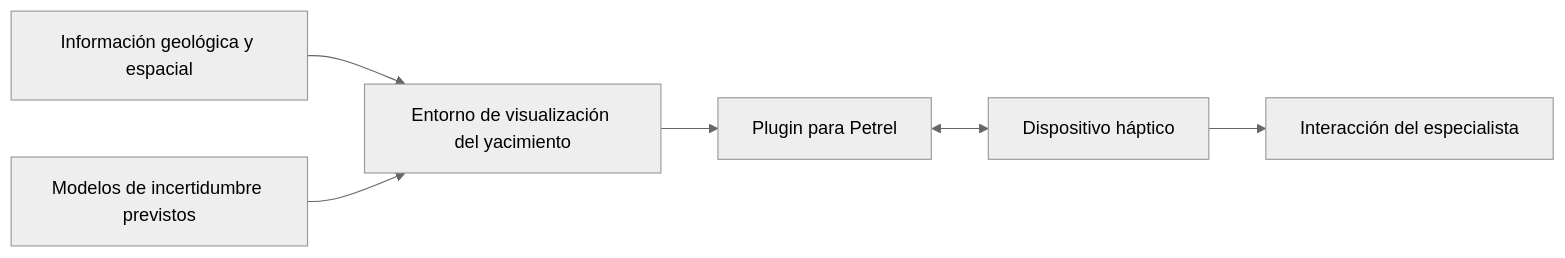
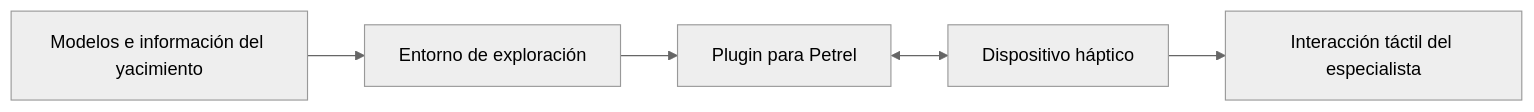
One commit to isaiassolis/haptic-reservoir-exploration changed the diagram in README.md. Above: the diagram before and after it, drawn with Mermaid (neutral theme). The commit also changed other lines of this file, not shown here.

````diff
--- a/README.md
+++ b/README.md
@@ -48,8 +44,7 @@
 ```mermaid
 flowchart LR
-  A[Información geológica y espacial] --> B[Entorno de visualización del yacimiento]
-  C[Modelos de incertidumbre previstos] --> B
-  B --> D[Plugin para Petrel]
-  D <--> E[Dispositivo háptico]
-  E --> F[Interacción del especialista]
+  A[Modelos e información del yacimiento] --> B[Entorno de exploración]
+  B --> C[Plugin para Petrel]
+  C <--> D[Dispositivo háptico]
+  D --> E[Interacción táctil del especialista]
 ```
````
